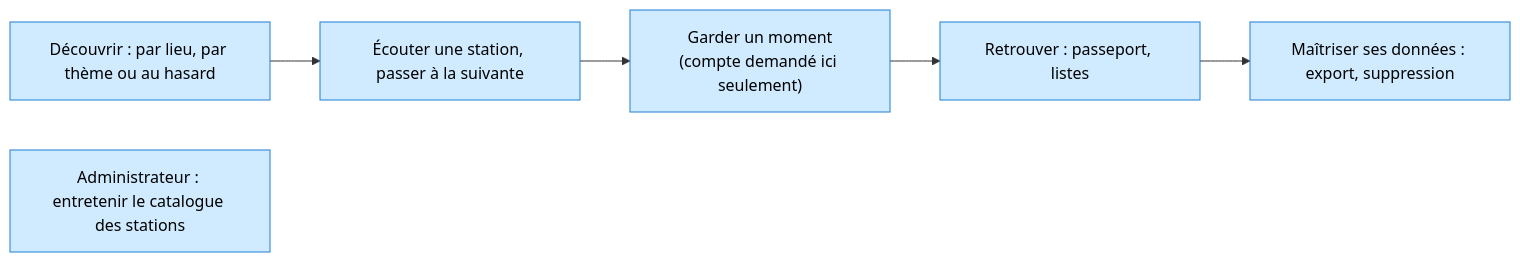
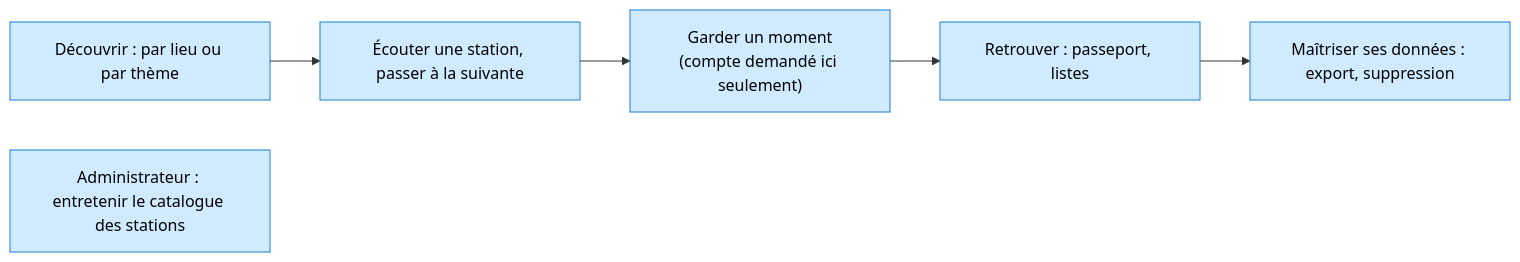
Before and after one commit to gvlaurent/elsewhere: the second of 6 diagrams in docs/architecture.md, drawn with Mermaid. The commit also changed other lines of this file and 4 other files, not shown here.

First line of the commit message:
docs: corrige l'architecture après la relecture (ELS-12)

````diff
--- a/docs/architecture.md
+++ b/docs/architecture.md
@@ -31,13 +31,13 @@
 ```mermaid
 flowchart LR
-    P1["Découvrir : par lieu, par thème ou au hasard"]:::decide
+    P1["Découvrir : par lieu ou par thème"]:::decide
     P2["Écouter une station, passer à la suivante"]:::decide
     P3["Garder un moment<br/>(compte demandé ici seulement)"]:::decide
     P4["Retrouver : passeport, listes"]:::decide
     P5["Maîtriser ses données : export, suppression"]:::decide
     P6["Administrateur : entretenir le catalogue des stations"]:::decide
 
     P1 --> P2 --> P3 --> P4 --> P5
 
     classDef decide fill:#d0ebff,stroke:#1c7ed6,color:#000
 ```
````
